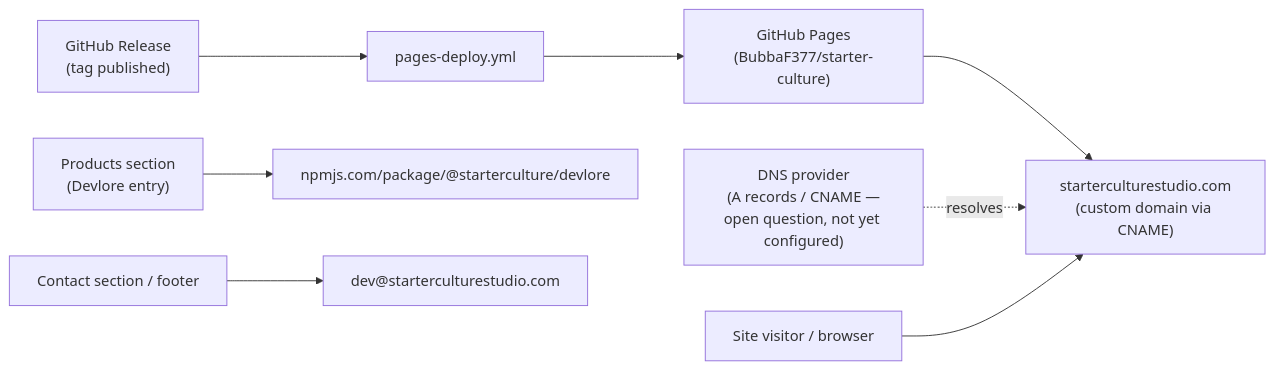
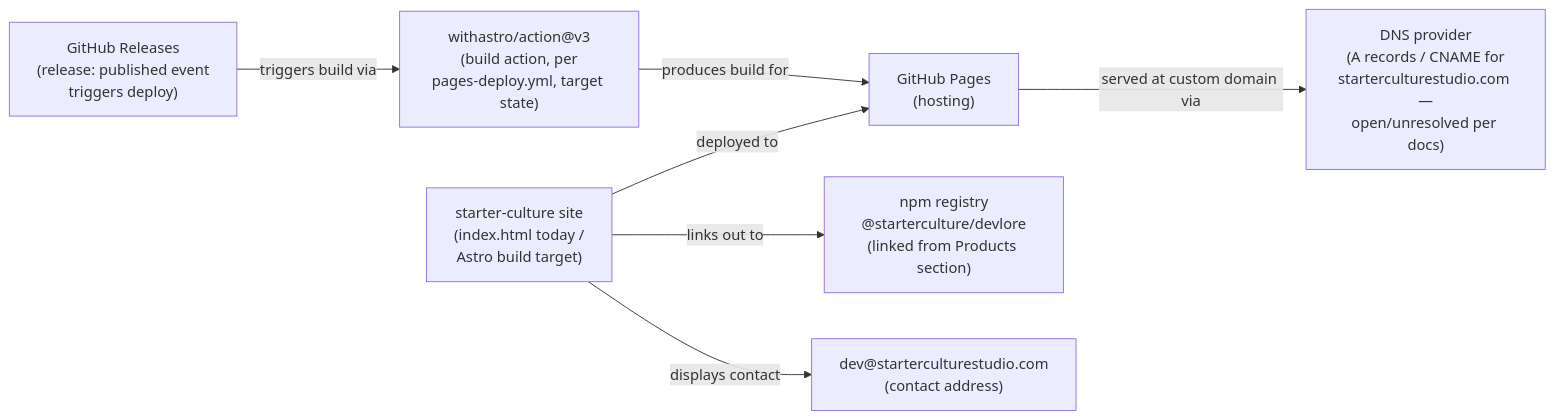
One commit to BubbaF377/starter-culture changed the second of 3 diagrams in docs/VISUALIZER.md. Above: the diagram before and after it, drawn with Mermaid. The commit also changed other lines of this file, not shown here.

Commit message:
Update visualizer (requirements changed): starter-culture

````diff
--- a/docs/VISUALIZER.md
+++ b/docs/VISUALIZER.md
@@ -45,12 +38,18 @@
 ```mermaid
 flowchart LR
-    Release["GitHub Release\n(tag published)"] --> Workflow["pages-deploy.yml"]
-    Workflow --> Pages["GitHub Pages\n(BubbaF377/starter-culture)"]
-    Pages --> Domain["starterculturestudio.com\n(custom domain via CNAME)"]
-    DNS["DNS provider\n(A records / CNAME —\nopen question, not yet configured)"] -.resolves.-> Domain
+    site["starter-culture site<br/>(index.html today /<br/>Astro build target)"]
 
-    ProductsSection["Products section\n(Devlore entry)"] --> NPM["npmjs.com/package/@starterculture/devlore"]
+    ghpages["GitHub Pages<br/>(hosting)"]
+    ghaction["withastro/action@v3<br/>(build action, per<br/>pages-deploy.yml, target state)"]
+    ghrelease["GitHub Releases<br/>(release: published event<br/>triggers deploy)"]
+    dns["DNS provider<br/>(A records / CNAME for<br/>starterculturestudio.com —<br/>open/unresolved per docs)"]
+    npm["npm registry<br/>@starterculture/devlore<br/>(linked from Products section)"]
+    email["dev@starterculturestudio.com<br/>(contact address)"]
 
-    Visitor["Site visitor / browser"] --> Domain
-    ContactSection["Contact section / footer"] --> Email["dev@starterculturestudio.com"]
+    site -->|deployed to| ghpages
+    ghrelease -->|triggers build via| ghaction
+    ghaction -->|produces build for| ghpages
+    ghpages -->|served at custom domain via| dns
+    site -->|links out to| npm
+    site -->|displays contact| email
 ```
````
